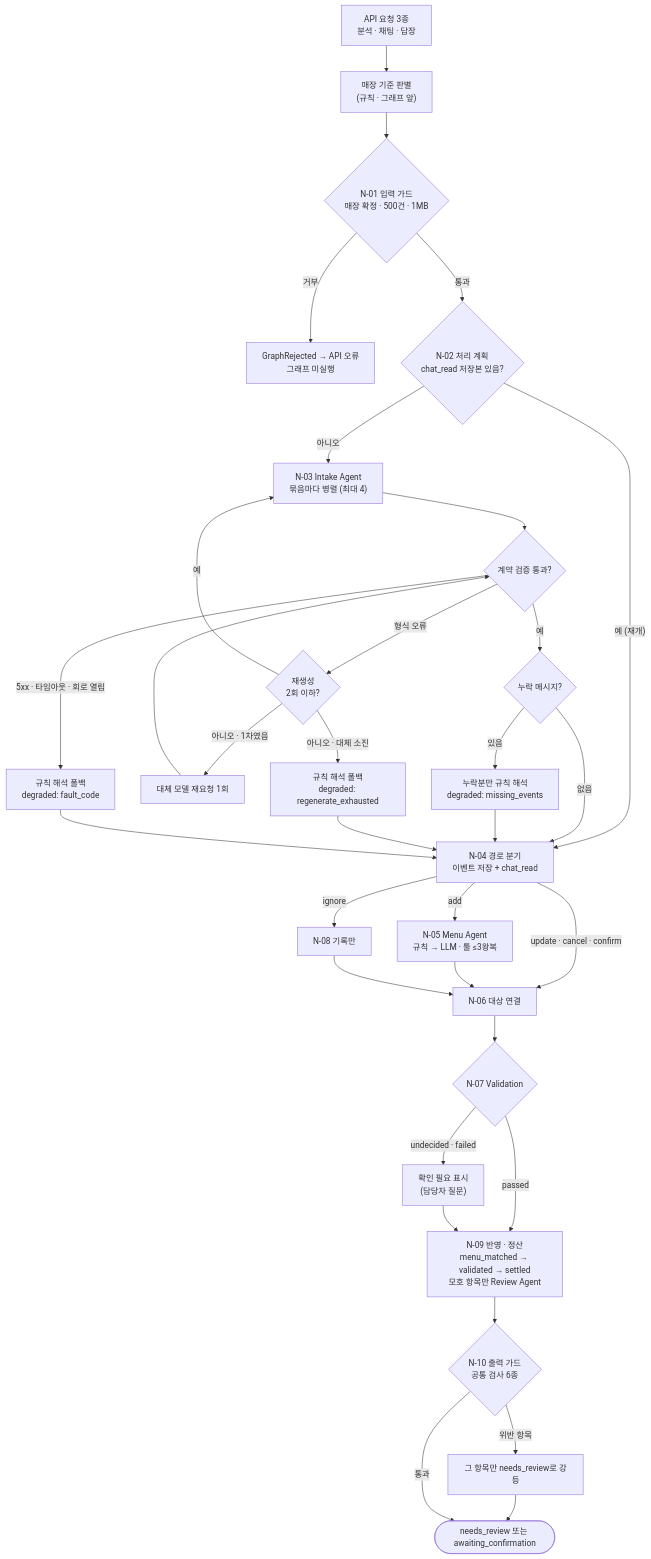
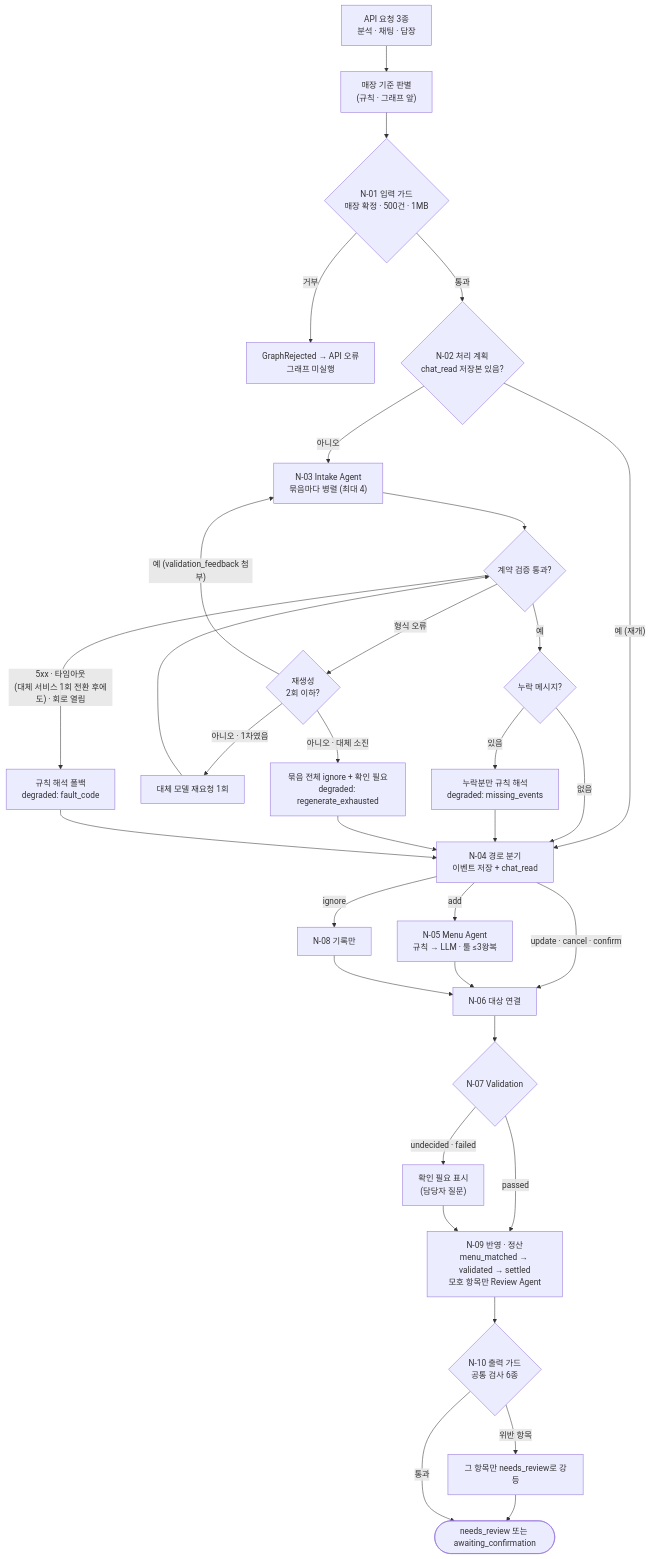
One commit to 931njhthe-star/moa changed the third of 7 diagrams in docs/멀티에이전트 아키텍처 설계서.md. Above: the diagram before and after it, drawn with Mermaid. The commit also changed other lines of this file, not shown here.

````diff
--- a/docs/멀티에이전트 아키텍처 설계서.md
+++ b/docs/멀티에이전트 아키텍처 설계서.md
@@ -234,29 +244,29 @@
 ```mermaid
 flowchart TD
     A["API 요청 3종<br/>분석 · 채팅 · 답장"] --> BR["매장 기준 판별<br/>(규칙 · 그래프 앞)"]
     BR --> N01{"N-01 입력 가드<br/>매장 확정 · 500건 · 1MB"}
     N01 -- 거부 --> R0["GraphRejected → API 오류<br/>그래프 미실행"]
     N01 -- 통과 --> N02{"N-02 처리 계획<br/>chat_read 저장본 있음?"}
     N02 -- "예 (재개)" --> N04
     N02 -- 아니오 --> N03["N-03 Intake Agent<br/>묶음마다 병렬 (최대 4)"]
     N03 --> V3{"계약 검증 통과?"}
     V3 -- 예 --> M3{"누락 메시지?"}
     M3 -- 없음 --> N04
     M3 -- 있음 --> F3["누락분만 규칙 해석<br/>degraded: missing_events"] --> N04
     V3 -- "형식 오류" --> RG{"재생성<br/>2회 이하?"}
-    RG -- 예 --> N03
+    RG -- "예 (validation_feedback 첨부)" --> N03
     RG -- "아니오 · 1차였음" --> BK["대체 모델 재요청 1회"] --> V3
-    RG -- "아니오 · 대체 소진" --> FB["규칙 해석 폴백<br/>degraded: regenerate_exhausted"] --> N04
-    V3 -- "5xx · 타임아웃 · 회로 열림" --> FB2["규칙 해석 폴백<br/>degraded: fault_code"] --> N04
+    RG -- "아니오 · 대체 소진" --> FB["묶음 전체 ignore + 확인 필요<br/>degraded: regenerate_exhausted"] --> N04
+    V3 -- "5xx · 타임아웃<br/>(대체 서비스 1회 전환 후에도) · 회로 열림" --> FB2["규칙 해석 폴백<br/>degraded: fault_code"] --> N04
     N04["N-04 경로 분기<br/>이벤트 저장 + chat_read"] -- add --> N05["N-05 Menu Agent<br/>규칙 → LLM · 툴 ≤3왕복"]
     N04 -- ignore --> N08["N-08 기록만"]
     N04 -- "update · cancel · confirm" --> N06
     N05 --> N06["N-06 대상 연결"]
     N08 --> N06
     N06 --> N07{"N-07 Validation"}
     N07 -- "passed" --> N09
     N07 -- "undecided · failed" --> Q["확인 필요 표시<br/>(담당자 질문)"] --> N09
     N09["N-09 반영 · 정산<br/>menu_matched → validated → settled<br/>모호 항목만 Review Agent"] --> N10{"N-10 출력 가드<br/>공통 검사 6종"}
     N10 -- "위반 항목" --> DM["그 항목만 needs_review로 강등"] --> END
     N10 -- 통과 --> END(["needs_review 또는 awaiting_confirmation"])
 ```
````
